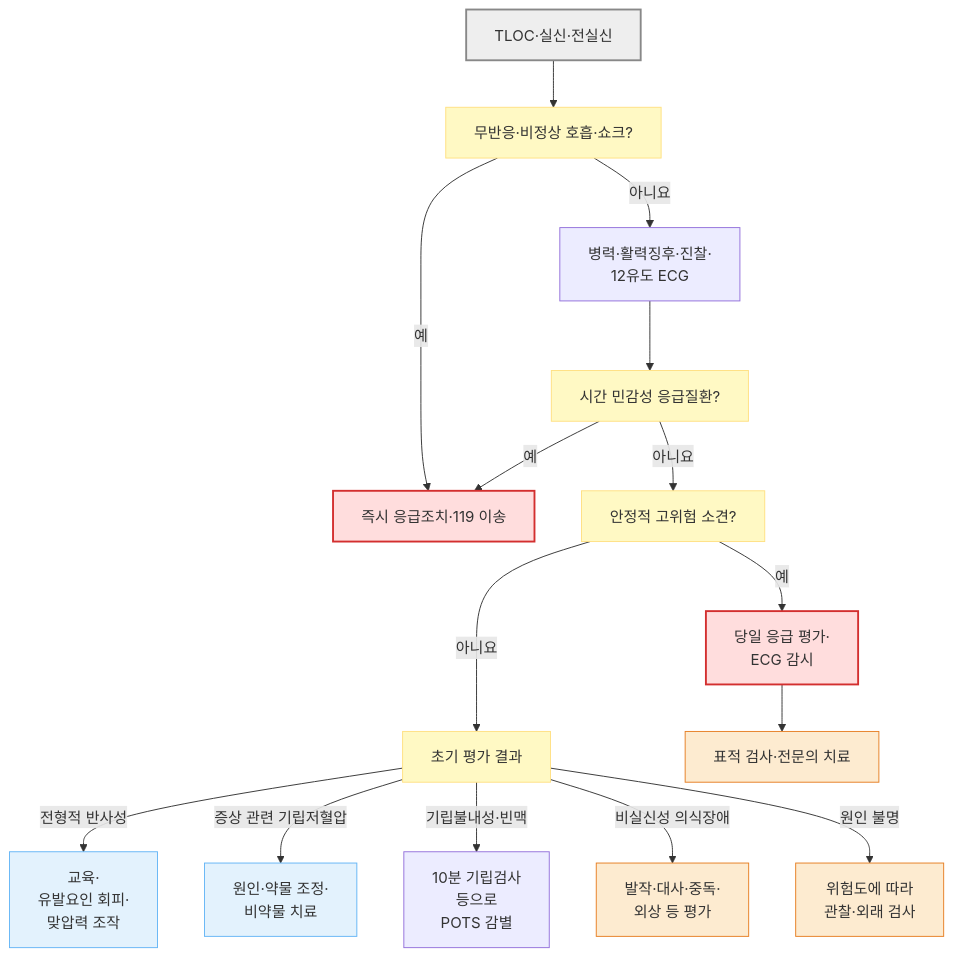
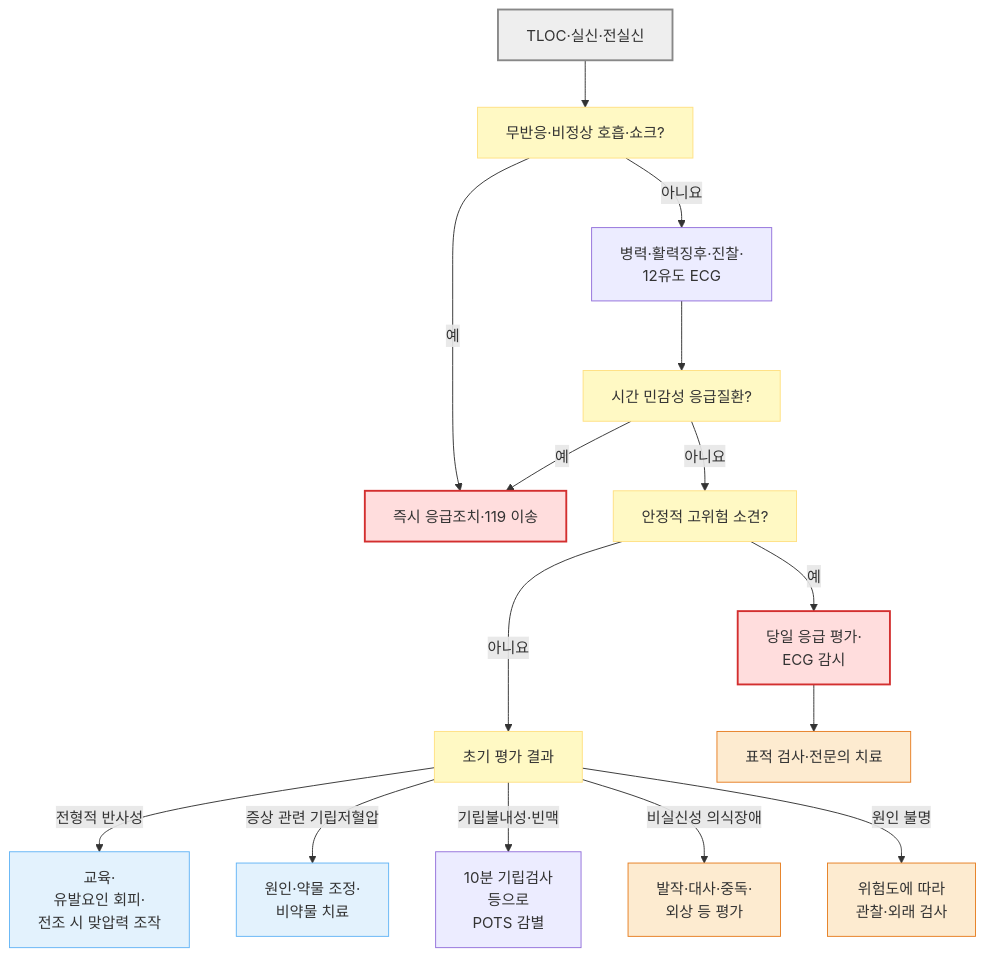
Before and after one commit to familyoh77/familyoh77: the diagram in 221_/021_-syncope.md, drawn with Mermaid. The commit also changed other lines of this file and 1 other file, not shown here.

````diff
--- a/221_/021_-syncope.md
+++ b/221_/021_-syncope.md
@@ -173,28 +173,28 @@
 ```mermaid
 flowchart TD
     A["TLOC·실신·전실신"] --> S["무반응·비정상 호흡·쇼크?"]
     S -- "예" --> U["즉시 응급조치·119 이송"]
     S -- "아니요" --> B["병력·활력징후·진찰·<br/>12유도 ECG"]
     B --> C["시간 민감성 응급질환?"]
     C -- "예" --> U
     C -- "아니요" --> D["안정적 고위험 소견?"]
     D -- "예" --> H["당일 응급 평가·<br/>ECG 감시"]
     D -- "아니요" ---> E["초기 평가 결과"]
-    E -- "전형적 반사성" --> R["교육·<br/>유발요인 회피·<br/>맞압력 조작"]
+    E -- "전형적 반사성" --> R["교육·<br/>유발요인 회피·<br/>전조 시 맞압력 조작"]
     E -- "증상 관련 기립저혈압" --> O["원인·약물 조정·<br/>비약물 치료"]
     E -- "기립불내성·빈맥" --> P["10분 기립검사 <br/>등으로 <br/>POTS 감별"]
     E -- "비실신성 의식장애" --> N["발작·대사·중독·<br/>외상 등 평가"]
     E -- "원인 불명" --> F["위험도에 따라 <br/>관찰·외래 검사"]
     H --> M["표적 검사·전문의 치료"]
     classDef start fill:#eeeeee,stroke:#888888,stroke-width:2px
     classDef question fill:#fff9c4,stroke:#ffe082
     classDef emergency fill:#ffdddd,stroke:#d32f2f,stroke-width:2px
     classDef treatment fill:#e3f2fd,stroke:#64b5f6
 classDef caution fill:#fdebd0,stroke:#e67e22
 class M,N,F caution
     class A start
     class S,C,D,E question
     class U,H emergency
     class R,O treatment
 
 ```
````
